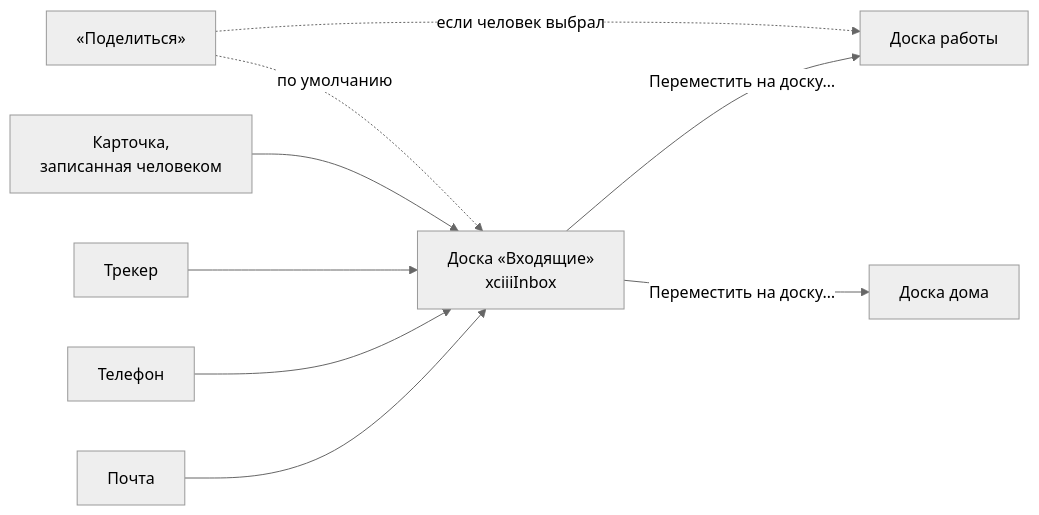
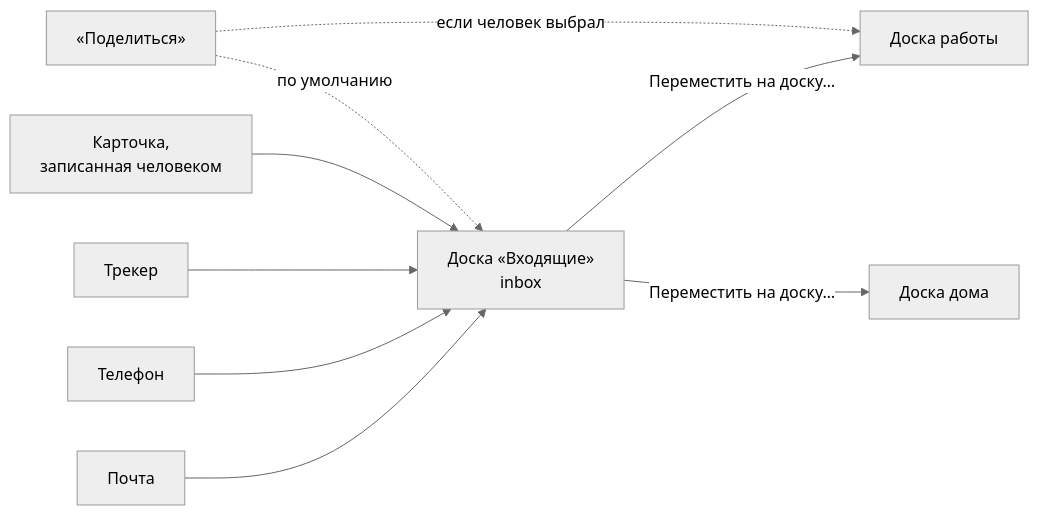
Before and after one commit to artipop/pourquoipas: the fifth of 12 diagrams in docs/sources.md, drawn with Mermaid (neutral theme). The commit also changed other lines of this file and 423 other files, not shown here.

````diff
--- a/docs/sources.md
+++ b/docs/sources.md
@@ -545,11 +545,11 @@
 ```mermaid
 flowchart LR
     S1["Почта"] --> IN
     S2["Телефон"] --> IN
     S3["Трекер"] --> IN
     ME["Карточка,<br/>записанная человеком"] --> IN
-    IN["Доска «Входящие»<br/>xciiiInbox"] -- "Переместить на доску…" --> B1["Доска работы"]
+    IN["Доска «Входящие»<br/>inbox"] -- "Переместить на доску…" --> B1["Доска работы"]
     IN -- "Переместить на доску…" --> B2["Доска дома"]
     SH["«Поделиться»"] -. "по умолчанию" .-> IN
     SH -. "если человек выбрал" .-> B1
 ```
````
